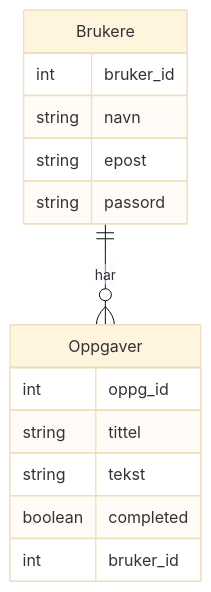
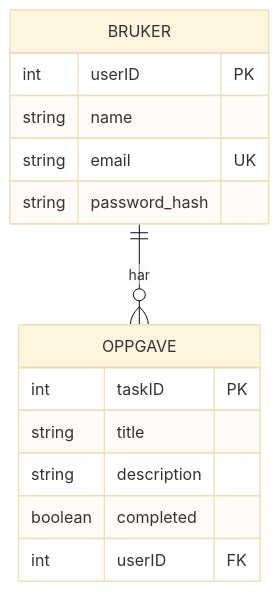
One commit to Sofieasj/Task-manager changed the second of 2 diagrams in README.md. Above: the diagram before and after it, drawn with Mermaid (base theme). The commit also changed other lines of this file, not shown here.

````diff
--- a/README.md
+++ b/README.md
@@ -49,19 +87,19 @@
 ```mermaid
     erDiagram
-        Brukere ||--o{ Oppgaver : har
+        BRUKER ||--o{ OPPGAVE : har
         
-        Brukere {
-            int bruker_id
-            string navn
-            string epost
-            string passord
+        BRUKER {
+            int userID PK
+            string name
+            string email UK
+            string password_hash
         }
         
-        Oppgaver {
-            int oppg_id
-            string tittel
-            string tekst
+        OPPGAVE {
+            int taskID PK
+            string title
+            string description
             boolean completed
-            int bruker_id
+            int userID FK
         }
 ```
````
